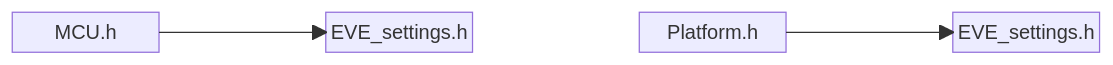
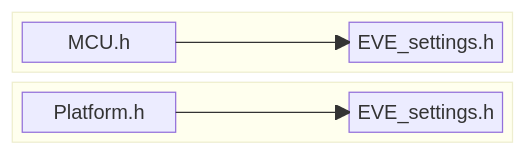
Before and after one commit to Bridgetek/Eve-MCU-Dev: the seventh of 11 diagrams in README.md, drawn with Mermaid. The commit also changed other lines of this file, not shown here.

````diff
--- a/README.md
+++ b/README.md
@@ -392,8 +399,19 @@
 ```mermaid
 block
-  columns 7
-  A1["MCU.h"] space B1["EVE_settings.h"]  space  A2["Platform.h"] space B2["EVE_settings.h"]
+  columns 3
 
-  A1 --> B1
-  A2 --> B2
+  block:MCU_SIDE[" "]:3
+    columns 3
+
+    A1["MCU.h"] space B1["EVE_settings.h"]
+
+    A1 --> B1
+  end
+  block:PLATFORM_SIDE[" "]:3
+    columns 3
+
+    A2["Platform.h"] space B2["EVE_settings.h"]
+
+    A2 --> B2
+  end
 ```
````
